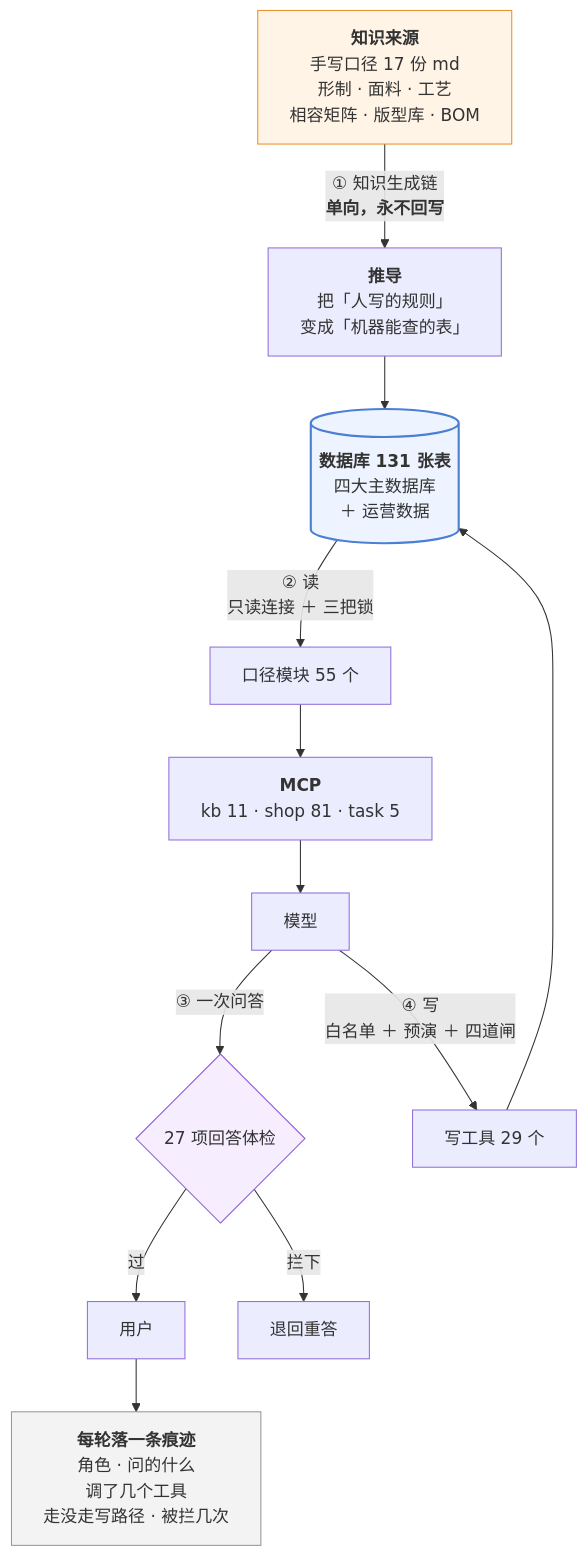
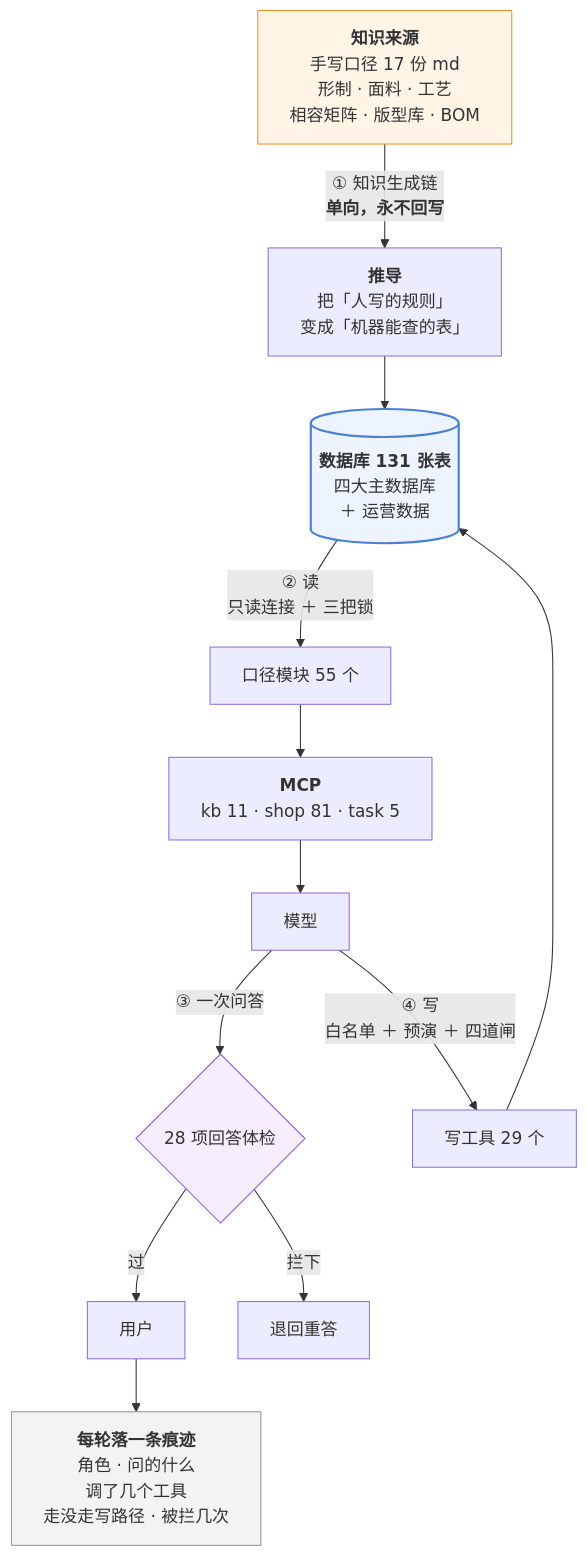
One commit to 843773296-rgb/lanxiu-yunshang-agent changed the third of 3 diagrams in 澜绣云裳agent-产品说明.md. Above: the diagram before and after it, drawn with Mermaid. The commit also changed other lines of this file and 10 other files, not shown here.

````diff
--- a/澜绣云裳agent-产品说明.md
+++ b/澜绣云裳agent-产品说明.md
@@ -1042,24 +1042,24 @@
 ```mermaid
 flowchart TD
     MD["<b>知识来源</b><br/>手写口径 17 份 md<br/>形制 · 面料 · 工艺<br/>相容矩阵 · 版型库 · BOM"]
     MD -->|"① 知识生成链<br/><b>单向，永不回写</b>"| DV["<b>推导</b><br/>把「人写的规则」<br/>变成「机器能查的表」"]
     DV --> DB[("<b>数据库 131 张表</b><br/>四大主数据库<br/>＋ 运营数据")]
 
     DB -->|"② 读<br/>只读连接 ＋ 三把锁"| KJ["口径模块 55 个"]
     KJ --> MCP["<b>MCP</b><br/>kb 11 · shop 81 · task 5"]
     MCP --> LLM["模型"]
 
-    LLM -->|"③ 一次问答"| GD{"27 项回答体检"}
+    LLM -->|"③ 一次问答"| GD{"28 项回答体检"}
     GD -- 过 --> U["用户"]
     GD -- 拦下 --> RE["退回重答"]
 
     LLM -->|"④ 写<br/>白名单 ＋ 预演 ＋ 四道闸"| W["写工具 29 个"]
     W --> DB
 
     U --> TR["<b>每轮落一条痕迹</b><br/>角色 · 问的什么<br/>调了几个工具<br/>走没走写路径 · 被拦几次"]
 
     style MD fill:#fff4e6,stroke:#e8912d
     style DB fill:#eef4ff,stroke:#4a7fd4,stroke-width:2px
     style GD fill:#f6eeff,stroke:#8b5cd6
     style TR fill:#f3f3f3,stroke:#999
 ```
````
